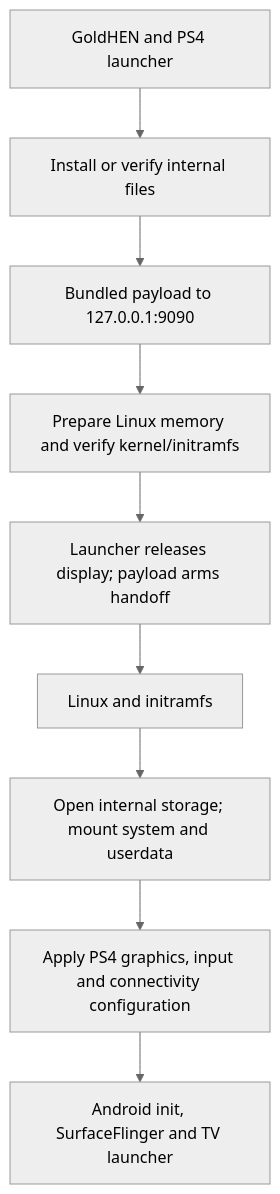
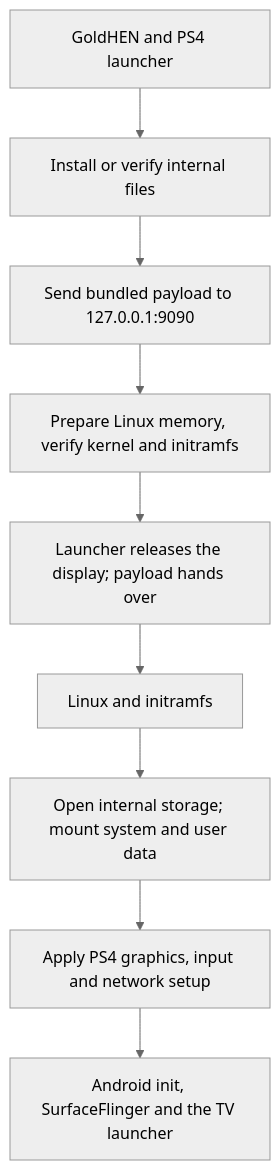
One commit to Vivian1987/android-tv-ps4 changed the diagram in README.md. Above: the diagram before and after it, drawn with Mermaid (neutral theme). The commit also changed other lines of this file and 9 other files, not shown here.

````diff
--- a/README.md
+++ b/README.md
@@ -48,11 +50,11 @@
 ```mermaid
 flowchart TD
     A[GoldHEN and PS4 launcher] --> B[Install or verify internal files]
-    B --> C[Bundled payload to 127.0.0.1:9090]
-    C --> D[Prepare Linux memory and verify kernel/initramfs]
-    D --> E[Launcher releases display; payload arms handoff]
+    B --> C[Send bundled payload to 127.0.0.1:9090]
+    C --> D[Prepare Linux memory, verify kernel and initramfs]
+    D --> E[Launcher releases the display; payload hands over]
     E --> F[Linux and initramfs]
-    F --> G[Open internal storage; mount system and userdata]
-    G --> H[Apply PS4 graphics, input and connectivity configuration]
-    H --> I[Android init, SurfaceFlinger and TV launcher]
+    F --> G[Open internal storage; mount system and user data]
+    G --> H[Apply PS4 graphics, input and network setup]
+    H --> I[Android init, SurfaceFlinger and the TV launcher]
 ```
````
